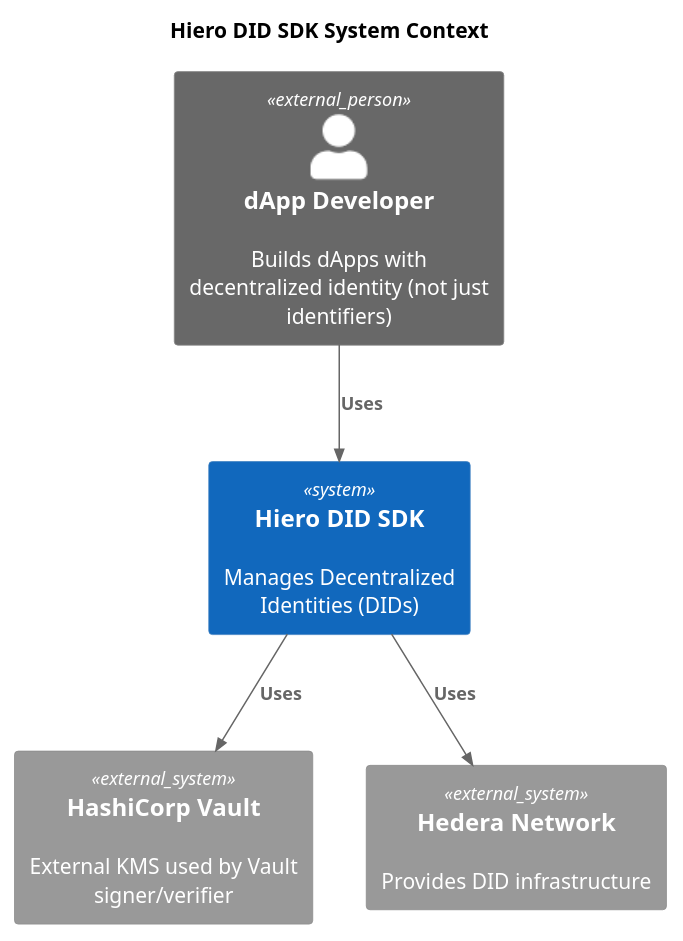
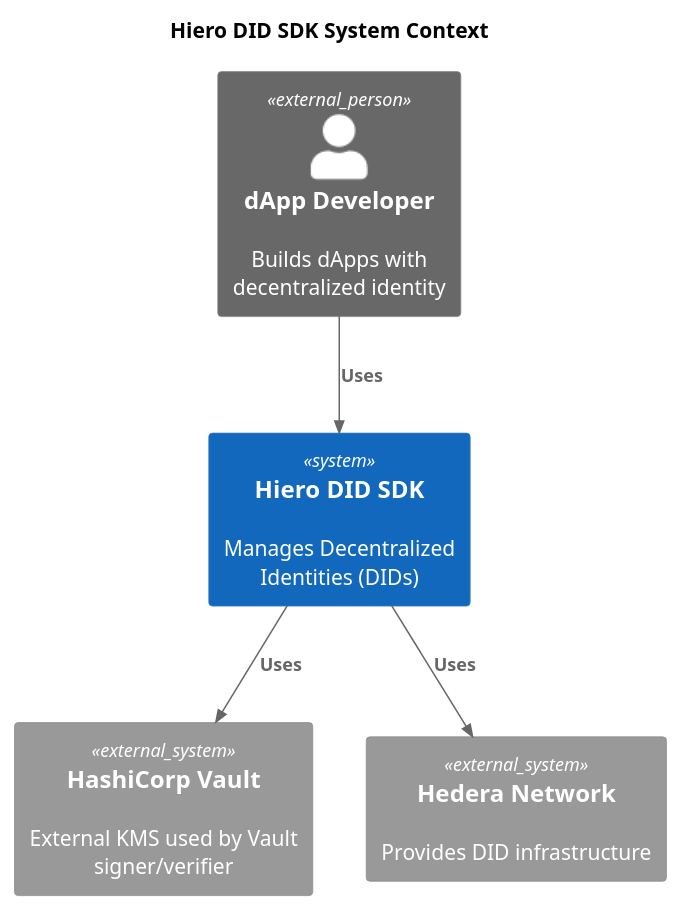
One commit to hiero-ledger/hiero-did-sdk-js changed the diagram in docs/modules/ROOT/pages/02-design/diagrams/system-context-diagram.puml. Above: the diagram before and after it, drawn with PlantUML. The commit also changed 17 other files, not shown here.

```diff
--- a/docs/modules/ROOT/pages/02-design/diagrams/system-context-diagram.puml
+++ b/docs/modules/ROOT/pages/02-design/diagrams/system-context-diagram.puml
@@ -1,18 +1,18 @@
 @startuml
 !include https://raw.githubusercontent.com/plantuml-stdlib/C4-PlantUML/master/C4_Context.puml
 
 title Hiero DID SDK System Context
 
-Person_Ext(developer, "dApp Developer", "Builds dApps with decentralized identity (not just identifiers)")
+Person_Ext(developer, "dApp Developer", "Builds dApps with decentralized identity")
 
 System(sdk, "Hiero DID SDK", "Manages Decentralized Identities (DIDs)")
 
 System_Ext(hashicorp, "HashiCorp Vault", "External KMS used by Vault signer/verifier")
 
 System_Ext(hedera, "Hedera Network", "Provides DID infrastructure")
 
 Rel(developer, sdk, "Uses")
 Rel(sdk, hedera, "Uses")
 Rel(sdk, hashicorp, "Uses")
 
 @enduml
```
